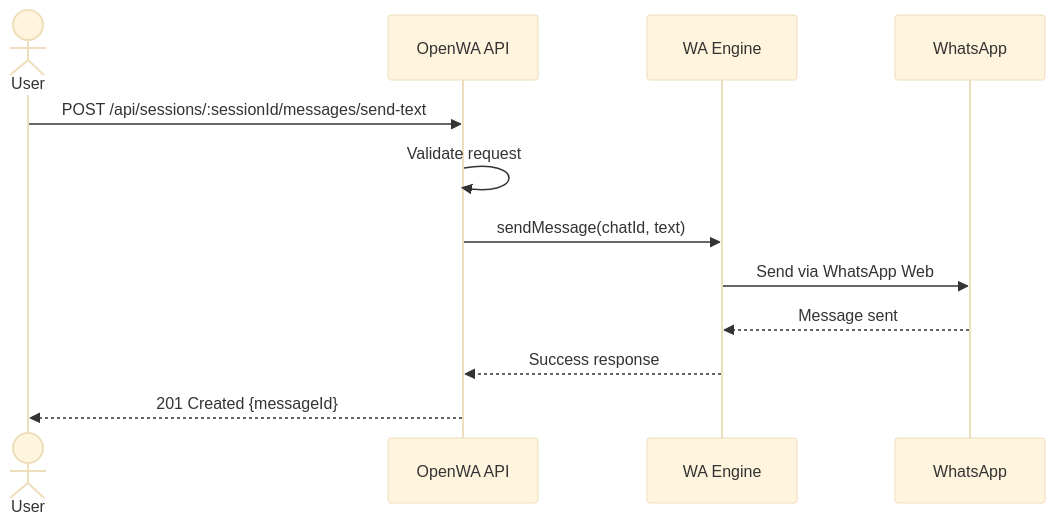
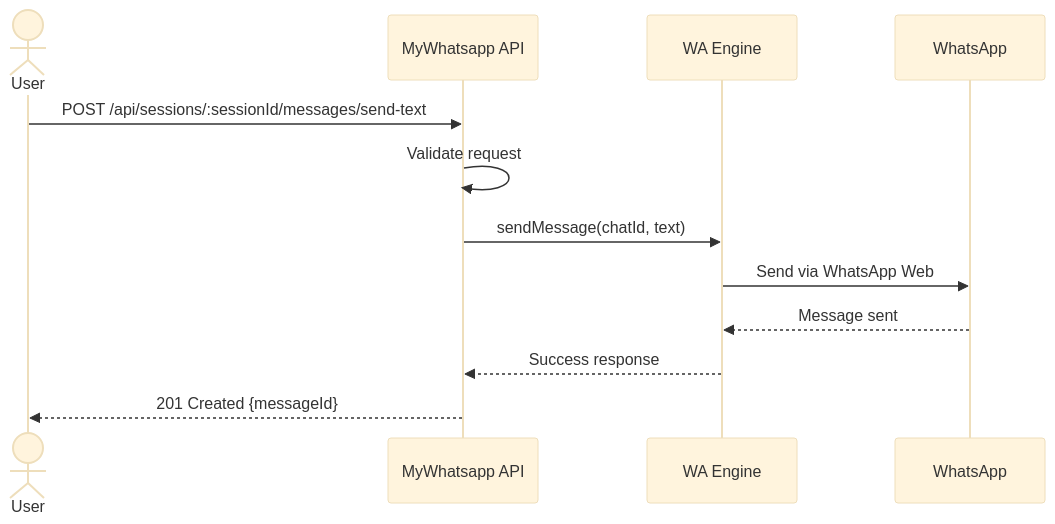
One commit to Myenum2412/whatsapptool changed diagram 11 of 13 in docs/02-requirements-specification.md. Above: the diagram before and after it, drawn with Mermaid (base theme). The commit also changed other lines of this file and 874 other files, not shown here.

````diff
--- a/docs/02-requirements-specification.md
+++ b/docs/02-requirements-specification.md
@@ -378,15 +378,15 @@
 ```mermaid
 sequenceDiagram
     actor User
-    participant API as OpenWA API
+    participant API as MyWhatsapp API
     participant Engine as WA Engine
     participant WA as WhatsApp
 
     User->>API: POST /api/sessions/:sessionId/messages/send-text
     API->>API: Validate request
     API->>Engine: sendMessage(chatId, text)
     Engine->>WA: Send via WhatsApp Web
     WA-->>Engine: Message sent
     Engine-->>API: Success response
     API-->>User: 201 Created {messageId}
 ```
````
